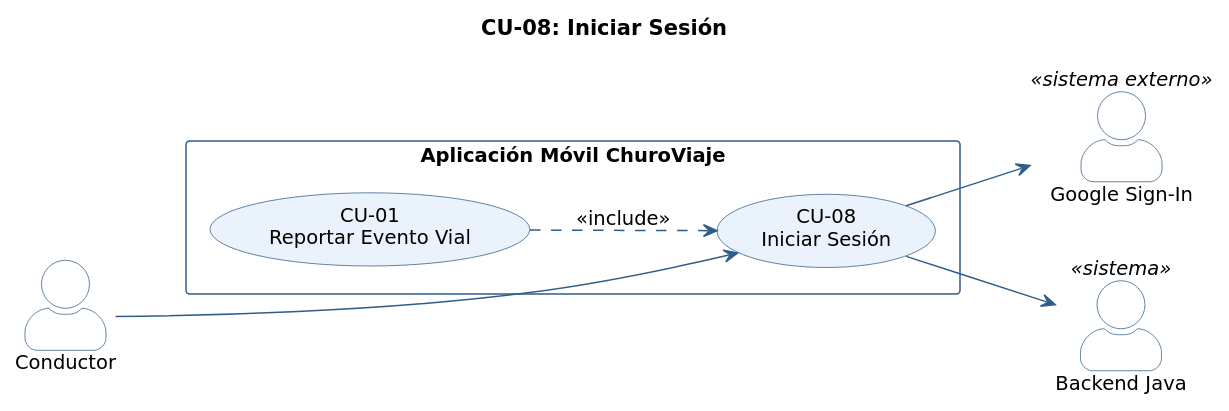
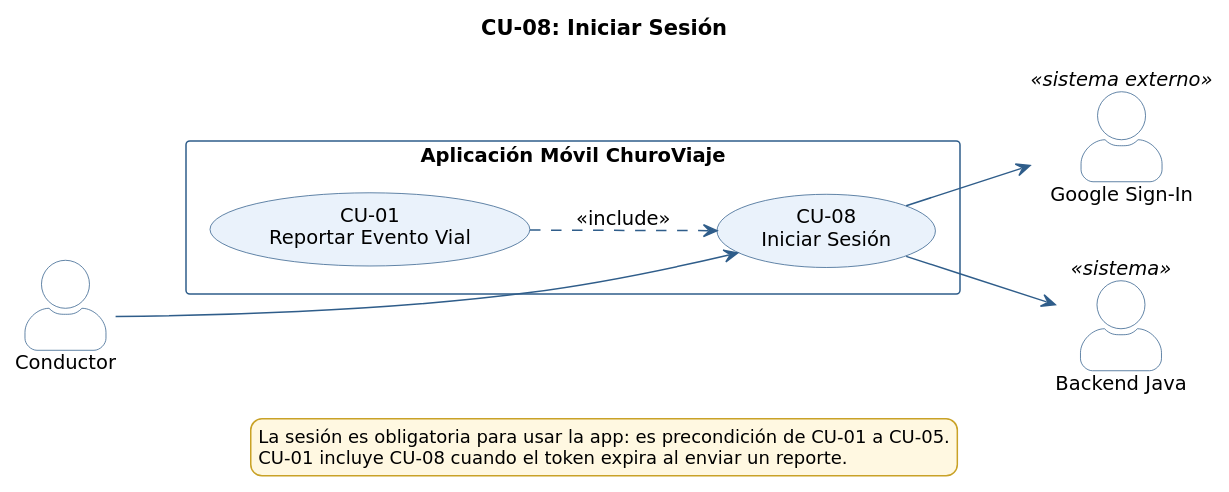
Before and after one commit to uniWASD/ChuroViajeInterno: the diagram in 03_des/DiagCU/CU-08_IniciarSesion.puml, drawn with PlantUML. The commit also changed 41 other files, not shown here.

```diff
--- a/03_des/DiagCU/CU-08_IniciarSesion.puml
+++ b/03_des/DiagCU/CU-08_IniciarSesion.puml
@@ -1,53 +1,59 @@
 @startuml CU-08_IniciarSesion
 ' CU-08: Iniciar Sesión
 ' Fuente: 02_req - Especificación de Casos de Uso (CU-01 a CU-08)
 ' Issue: T-029 (#8)
+' Revisión de coherencia (06/10/2026): la sesión es obligatoria para toda la app.
 
 left to right direction
 skinparam shadowing false
 skinparam defaultFontName "DejaVu Sans"
 skinparam defaultFontSize 13
 skinparam packageStyle rectangle
 skinparam actorStyle awesome
 skinparam usecase {
   BackgroundColor #EAF2FB
   BorderColor #2F5D8A
   ArrowColor #2F5D8A
 }
 skinparam rectangle {
   BorderColor #2F5D8A
   FontStyle bold
 }
 skinparam actor {
   BorderColor #2F5D8A
   BackgroundColor #FFFFFF
 }
 skinparam note {
   BackgroundColor #FFF8E1
   BorderColor #C9A227
 }
 skinparam ArrowColor #2F5D8A
 skinparam legend {
   BackgroundColor #FFF8E1
   BorderColor #C9A227
   FontSize 12
 }
 
 title CU-08: Iniciar Sesión
 
 actor "Conductor" as Conductor
 actor "Google Sign-In" as Google <<sistema externo>>
 actor "Backend Java" as Backend <<sistema>>
 
 rectangle "Aplicación Móvil ChuroViaje" {
   usecase "CU-08\nIniciar Sesión" as CU08
   usecase "CU-01\nReportar Evento Vial" as CU01
 }
 
 Conductor --> CU08
 Conductor -[hidden]-> CU01
 CU01 ..> CU08 : <<include>>
 CU08 --> Google
 CU08 --> Backend
 
+legend bottom
+  La sesión es obligatoria para usar la app: es precondición de CU-01 a CU-05.
+  CU-01 incluye CU-08 cuando el token expira al enviar un reporte.
+endlegend
+
 @enduml
```
